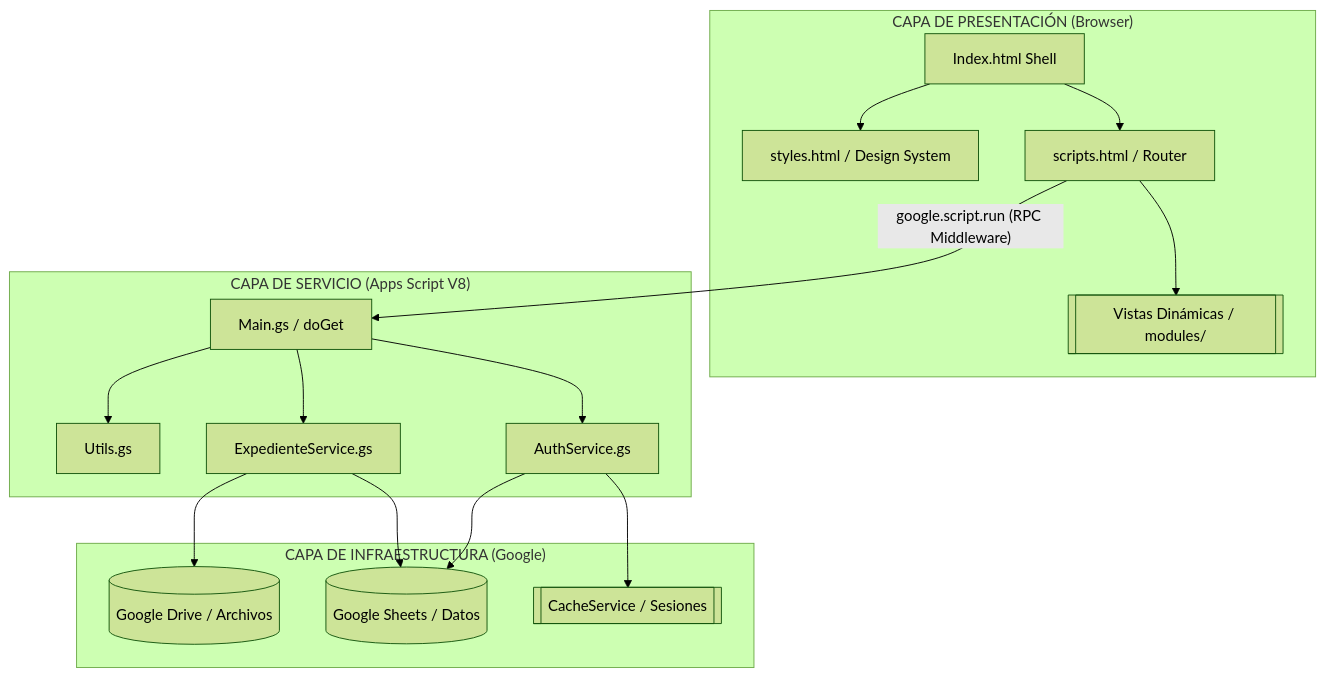
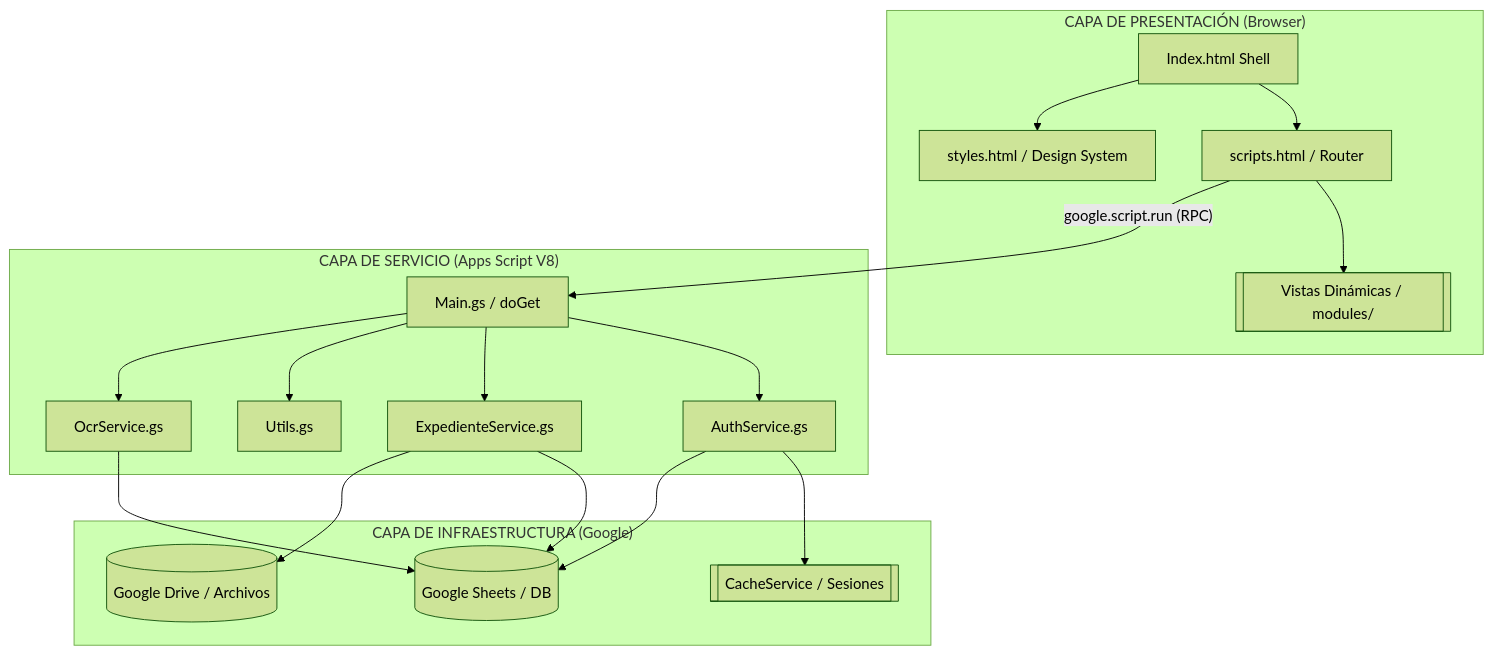
Before and after one commit to jlangarica/Division-Servicios-Administrativos: the first of 3 diagrams in README.md, drawn with Mermaid (forest theme). The commit also changed other lines of this file, not shown here.

````diff
--- a/README.md
+++ b/README.md
@@ -80,37 +55,37 @@
 ```mermaid
 graph TB
     subgraph "CAPA DE PRESENTACIÓN (Browser)"
         Index[Index.html Shell]
         Router[scripts.html / Router]
         CSS[styles.html / Design System]
         Modules[[Vistas Dinámicas / modules/]]
-        
         Index --> Router
         Index --> CSS
         Router --> Modules
     end
 
     subgraph "CAPA DE SERVICIO (Apps Script V8)"
         Main[Main.gs / doGet]
         Auth[AuthService.gs]
         Data[ExpedienteService.gs]
         Utils[Utils.gs]
-        
+        Ocr[OcrService.gs]
         Main --> Auth
         Main --> Data
         Main --> Utils
+        Main --> Ocr
     end
 
     subgraph "CAPA DE INFRAESTRUCTURA (Google)"
-        Sheets[(Google Sheets / Datos)]
+        Sheets[(Google Sheets / DB)]
         Cache[[CacheService / Sesiones]]
         Drive[(Google Drive / Archivos)]
-        
         Auth --> Cache
         Auth --> Sheets
         Data --> Sheets
         Data --> Drive
+        Ocr --> Sheets
     end
 
-    Router -- "google.script.run (RPC Middleware)" --> Main
+    Router -- "google.script.run (RPC)" --> Main
 ```
````
